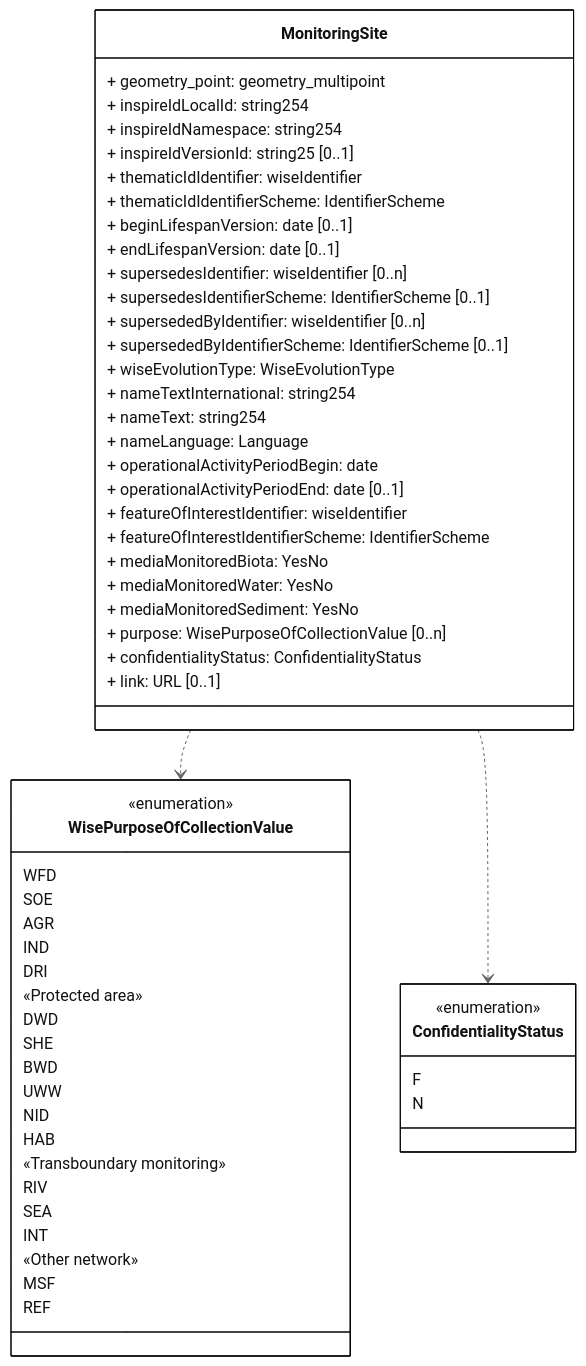
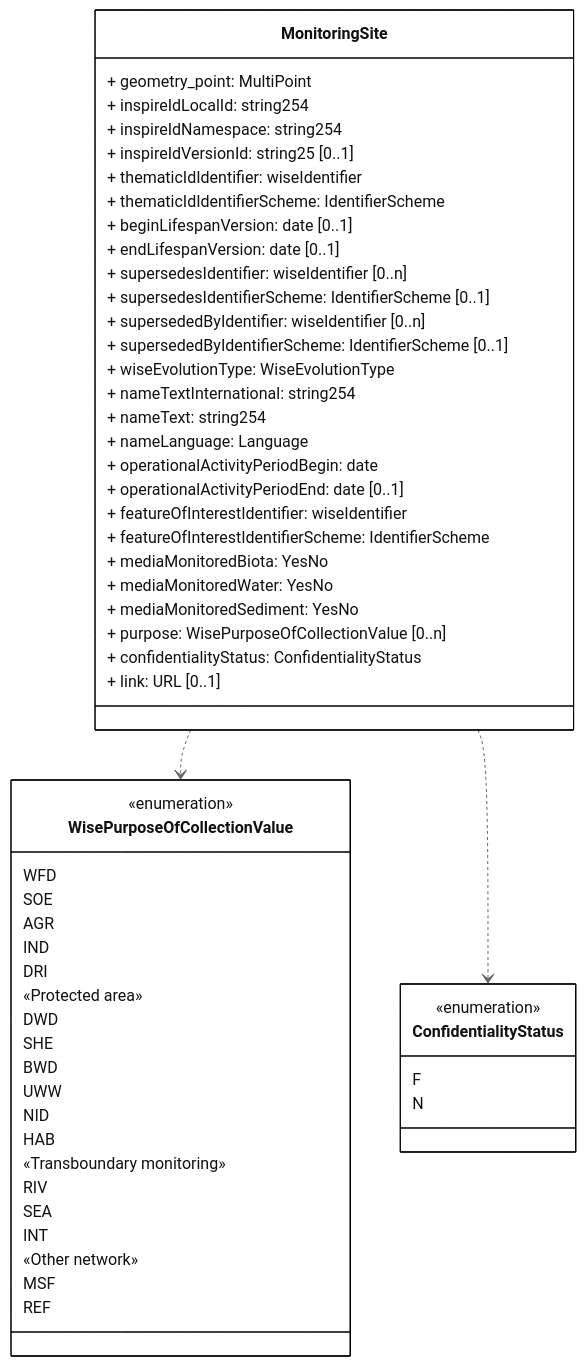
The diagram in docs/DataModelReview/mmd/Spatial_4thCycle_MonitoringSite.mmd (eeadata/WISE.WFD.Documentation), drawn with Mermaid before and after one commit. The commit also changed 5 other files, not shown here.

```diff
--- a/docs/DataModelReview/mmd/Spatial_4thCycle_MonitoringSite.mmd
+++ b/docs/DataModelReview/mmd/Spatial_4thCycle_MonitoringSite.mmd
@@ -1,72 +1,72 @@
 ---
 config:
   class:
     hideEmptyMembersBox: true
   layout: dagre
   theme: neutral
 ---
 classDiagram
 direction TB
 class MonitoringSite{
-  + geometry_point: geometry_multipoint
+  + geometry_point: MultiPoint
   + inspireIdLocalId: string254
   + inspireIdNamespace: string254 
   + inspireIdVersionId: string25 [0..1]
   + thematicIdIdentifier: wiseIdentifier
   + thematicIdIdentifierScheme: IdentifierScheme
   + beginLifespanVersion: date [0..1]
   + endLifespanVersion: date [0..1]
   + supersedesIdentifier: wiseIdentifier [0..n]
   + supersedesIdentifierScheme: IdentifierScheme [0..1]
   + supersededByIdentifier: wiseIdentifier [0..n]
   + supersededByIdentifierScheme: IdentifierScheme [0..1]
   + wiseEvolutionType: WiseEvolutionType
   + nameTextInternational: string254
   + nameText: string254
   + nameLanguage: Language
   + operationalActivityPeriodBegin: date 
   + operationalActivityPeriodEnd: date [0..1]
   + featureOfInterestIdentifier: wiseIdentifier
   + featureOfInterestIdentifierScheme: IdentifierScheme
   + mediaMonitoredBiota: YesNo
   + mediaMonitoredWater: YesNo
   + mediaMonitoredSediment: YesNo
   + purpose: WisePurposeOfCollectionValue [0..n]
   + confidentialityStatus: ConfidentialityStatus
   + link: URL [0..1]
 }
 
 class ConfidentialityStatus{
 <<enumeration>>
 F
 N
 }
 
 class WisePurposeOfCollectionValue{
 <<enumeration>>
 WFD
 SOE
 AGR
 IND
 DRI
 «Protected area»
 DWD
 SHE
 BWD
 UWW
 NID
 HAB
 «Transboundary monitoring»
 RIV
 SEA
 INT
 «Other network»
 MSF
 REF
 }
 
 MonitoringSite ..> WisePurposeOfCollectionValue
 MonitoringSite ..> ConfidentialityStatus
 
 classDef default fill:white,stroke:#000;
 classDef forFixing fill:white,stroke:#f00;
```
